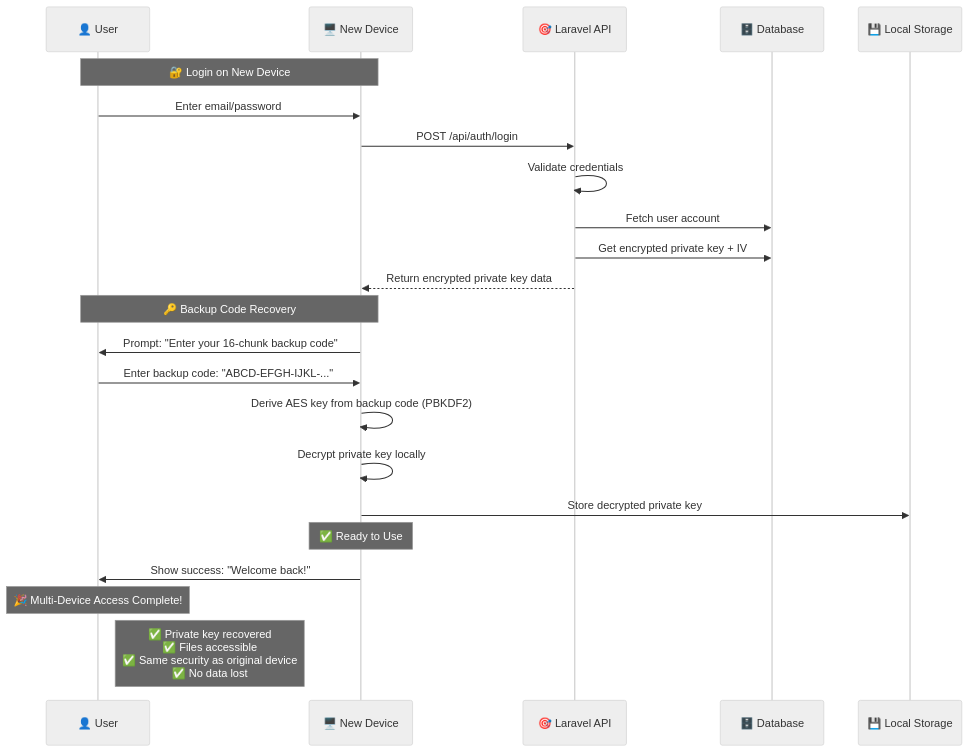
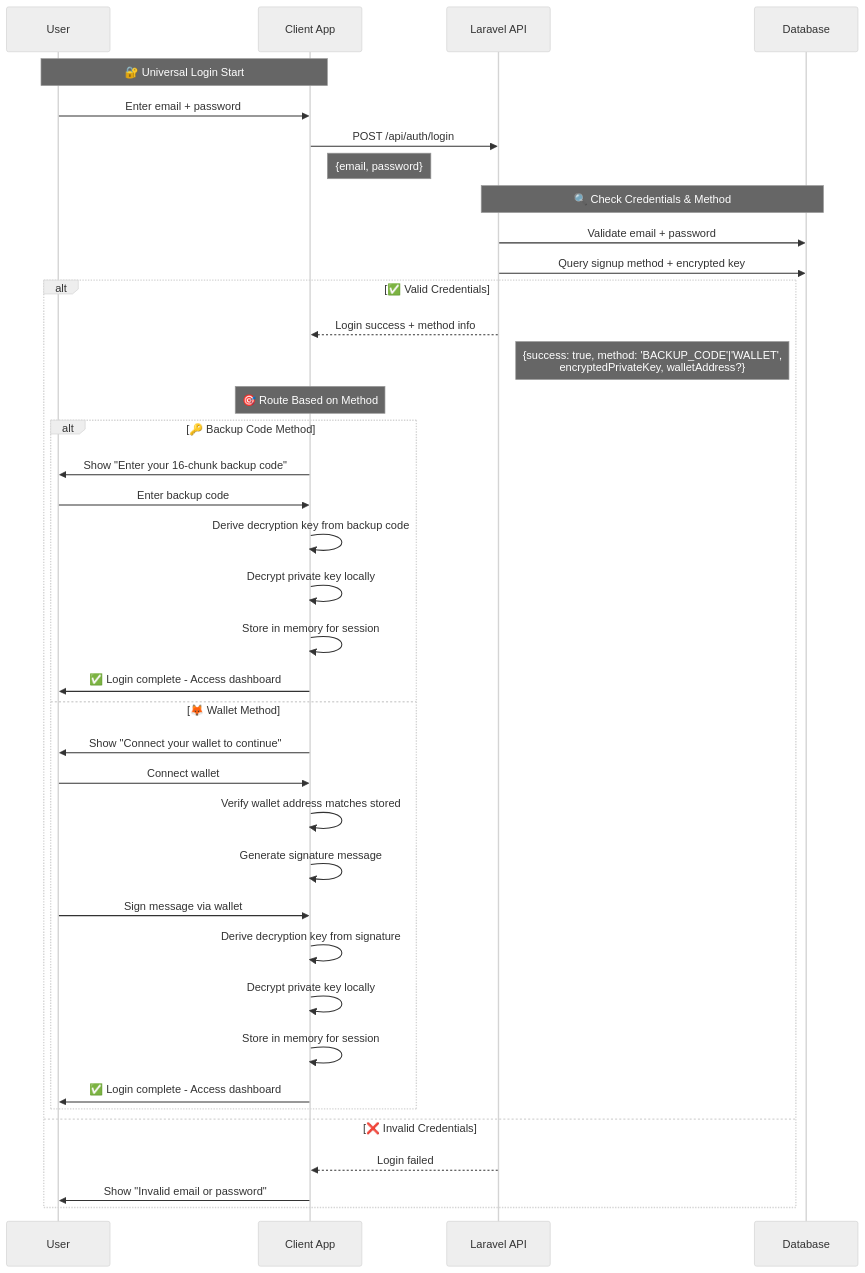
One commit to MossabMilha/OM-VaultChain changed the fourth of 4 diagrams in client-side/README.md. Above: the diagram before and after it, drawn with Mermaid (neutral theme). The commit also changed other lines of this file, not shown here.

````diff
--- a/client-side/README.md
+++ b/client-side/README.md
@@ -298,29 +326,46 @@
 ```mermaid
 sequenceDiagram
-    participant U as 👤 User
-    participant D as 🖥️ New Device
-    participant L as 🎯 Laravel API
-    participant DB as 🗄️ Database
-    participant Storage as 💾 Local Storage
+    participant U as User
+    participant C as Client App
+    participant API as Laravel API
+    participant DB as Database
 
-    Note over U,D: 🔐 Login on New Device
-    U->>D: Enter email/password
-    D->>L: POST /api/auth/login
-    L->>L: Validate credentials
-    L->>DB: Fetch user account
-    L->>DB: Get encrypted private key + IV
-    L-->>D: Return encrypted private key data
-
-    Note over U,D: 🔑 Backup Code Recovery
-    D->>U: Prompt: "Enter your 16-chunk backup code"
-    U->>D: Enter backup code: "ABCD-EFGH-IJKL-..."
-    D->>D: Derive AES key from backup code (PBKDF2)
-    D->>D: Decrypt private key locally
-    D->>Storage: Store decrypted private key
-
-    Note over D: ✅ Ready to Use
-    D->>U: Show success: "Welcome back!"
-
-    Note over U: 🎉 Multi-Device Access Complete!
-    Note right of U: ✅ Private key recovered<br/>✅ Files accessible<br/>✅ Same security as original device<br/>✅ No data lost
+    Note over U,C: 🔐 Universal Login Start
+    U->>C: Enter email + password
+    C->>API: POST /api/auth/login
+    Note right of C: {email, password}
+    
+    Note over API,DB: 🔍 Check Credentials & Method
+    API->>DB: Validate email + password
+    API->>DB: Query signup method + encrypted key
+    
+    alt ✅ Valid Credentials
+        API-->>C: Login success + method info
+        Note right of API: {success: true, method: 'BACKUP_CODE'|'WALLET',<br/>encryptedPrivateKey, walletAddress?}
+        
+        Note over C: 🎯 Route Based on Method
+        alt 🔑 Backup Code Method
+            C->>U: Show "Enter your 16-chunk backup code"
+            U->>C: Enter backup code
+            C->>C: Derive decryption key from backup code
+            C->>C: Decrypt private key locally
+            C->>C: Store in memory for session
+            C->>U: ✅ Login complete - Access dashboard
+            
+        else 🦊 Wallet Method
+            C->>U: Show "Connect your wallet to continue"
+            U->>C: Connect wallet
+            C->>C: Verify wallet address matches stored
+            C->>C: Generate signature message
+            U->>C: Sign message via wallet
+            C->>C: Derive decryption key from signature
+            C->>C: Decrypt private key locally
+            C->>C: Store in memory for session
+            C->>U: ✅ Login complete - Access dashboard
+        end
+        
+    else ❌ Invalid Credentials
+        API-->>C: Login failed
+        C->>U: Show "Invalid email or password"
+    end
 ```
````
